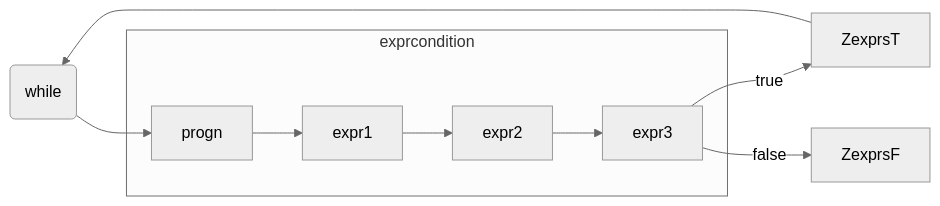
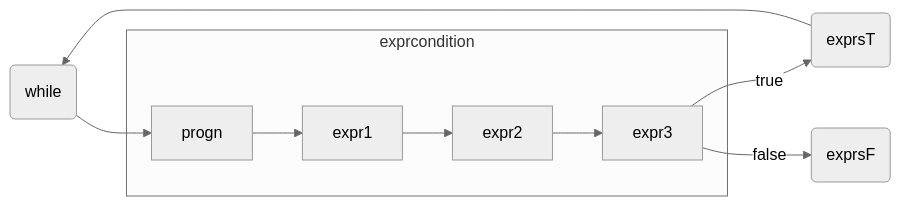
Before and after one commit to atlisp-org/atlisp-docs: the fourth of 4 diagrams in Lisp进阶/lisp.org, drawn with Mermaid (neutral theme).

Commit message:
progn while

```diff
--- a/Lisp进阶/lisp.org
+++ b/Lisp进阶/lisp.org
@@ -119,12 +119,10 @@
  #+begin_src mermaid
 
    flowchart LR
       A(while) --> progn   
       subgraph exprcondition
-          progn --> expr1       
-          expr1 --> expr2 --> expr3
+          progn -->  expr1 --> expr2 --> expr3
       end
-   expr3 -->|true| ZexprsT
-   expr3 -->|false| ZexprsF   
-   ZexprsT --> A   
+      expr3 -->|true| Y(exprsT) --> A
+      expr3 -->|false| Z(exprsF)  
  #+end_src
```
